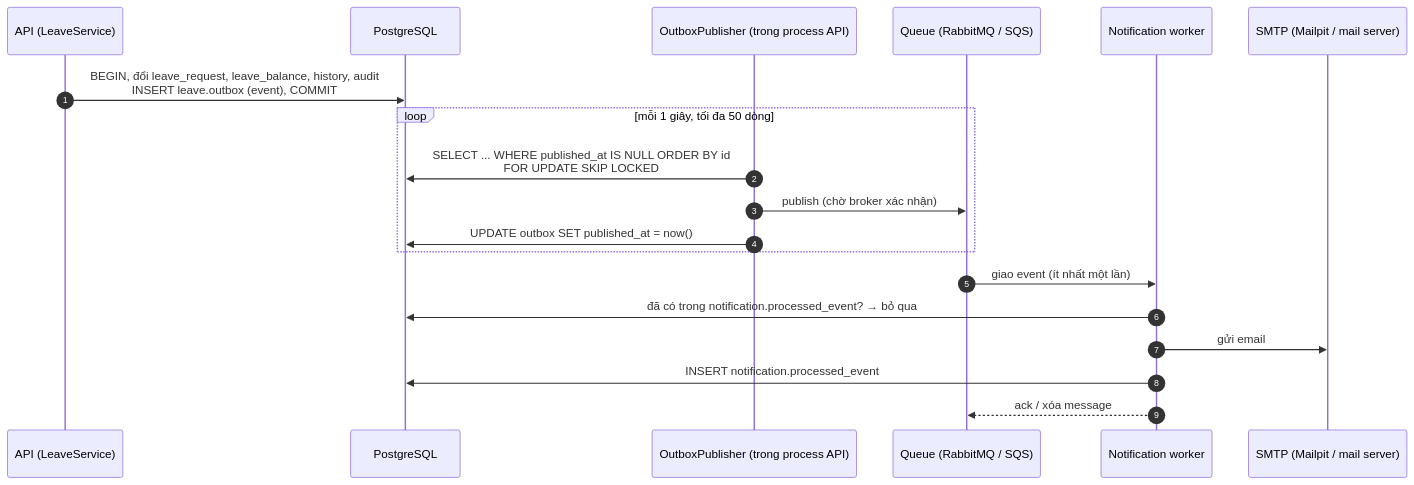
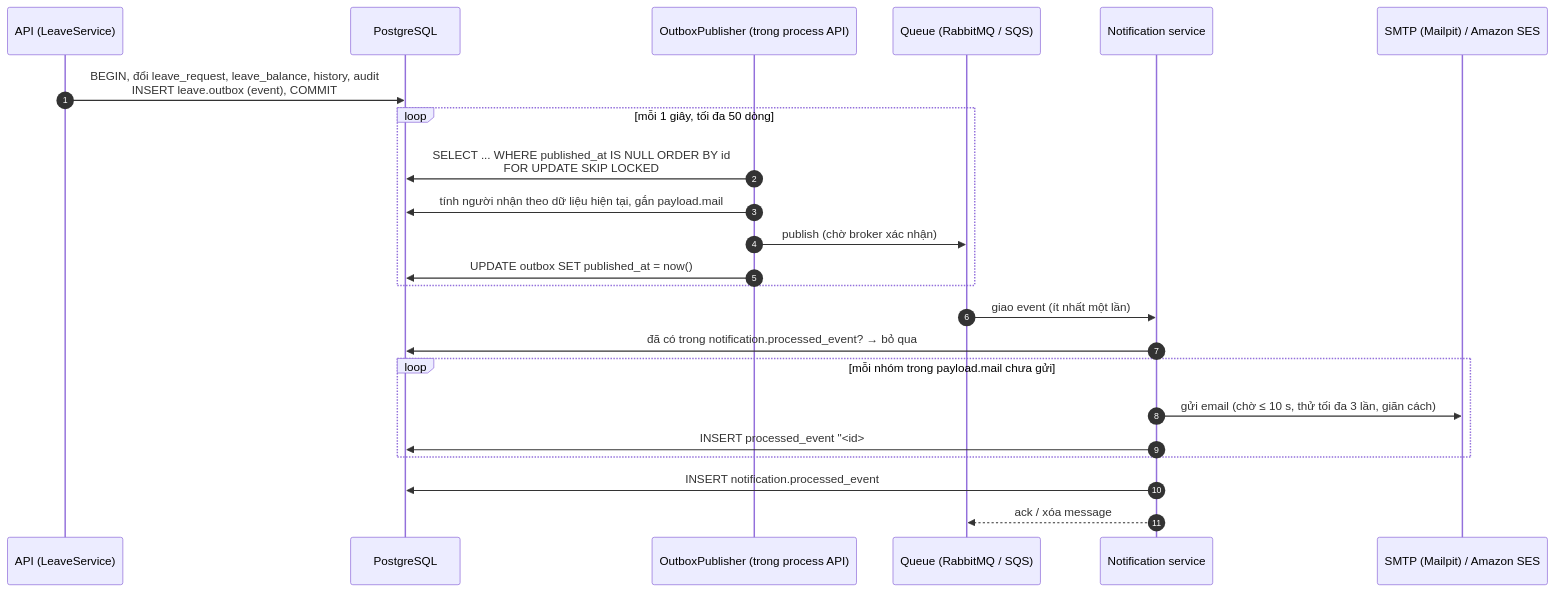
Before and after one commit to Acerchicken/HR-Enterprise-Platform: the diagram in docs/architecture/event-contract.md, drawn with Mermaid. The commit also changed other lines of this file and 64 other files, not shown here.

First line of the commit message:
feat(notification): tách gửi email thành services/notification (ADR-15 bước 1)

````diff
--- a/docs/architecture/event-contract.md
+++ b/docs/architecture/event-contract.md
@@ -17,22 +18,26 @@
 ```mermaid
 sequenceDiagram
   autonumber
   participant API as API (LeaveService)
   participant DB as PostgreSQL
   participant PUB as OutboxPublisher (trong process API)
   participant Q as Queue (RabbitMQ / SQS)
-  participant W as Notification worker
-  participant M as SMTP (Mailpit / mail server)
+  participant W as Notification service
+  participant M as SMTP (Mailpit) / Amazon SES
 
   API->>DB: BEGIN, đổi leave_request, leave_balance, history, audit<br/>INSERT leave.outbox (event), COMMIT
   loop mỗi 1 giây, tối đa 50 dòng
     PUB->>DB: SELECT ... WHERE published_at IS NULL ORDER BY id<br/>FOR UPDATE SKIP LOCKED
+    PUB->>DB: tính người nhận theo dữ liệu hiện tại, gắn payload.mail
     PUB->>Q: publish (chờ broker xác nhận)
     PUB->>DB: UPDATE outbox SET published_at = now()
   end
   Q->>W: giao event (ít nhất một lần)
   W->>DB: đã có trong notification.processed_event? → bỏ qua
-  W->>M: gửi email
+  loop mỗi nhóm trong payload.mail chưa gửi
+    W->>M: gửi email (chờ ≤ 10 s, thử tối đa 3 lần, giãn cách)
+    W->>DB: INSERT processed_event "<id>#<nhóm>"
+  end
   W->>DB: INSERT notification.processed_event
   W-->>Q: ack / xóa message
 ```
````
